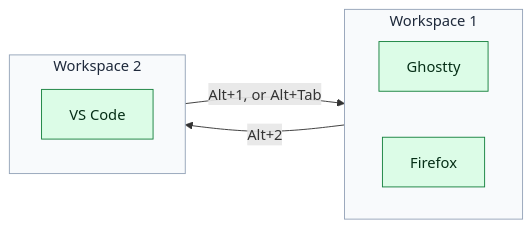
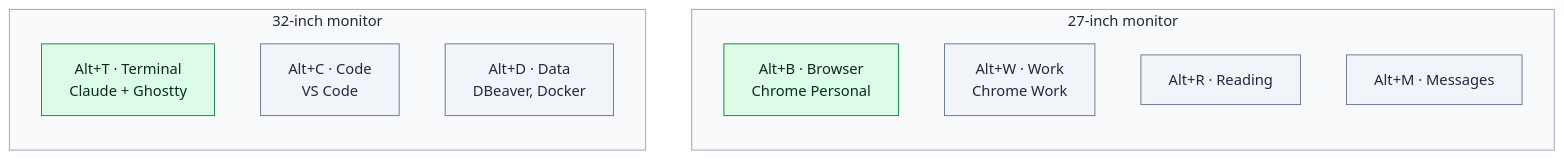
One commit to youngjae-lim/dotfiles changed the first of 2 diagrams in docs/09-desktop.md. Above: the diagram before and after it, drawn with Mermaid. The commit also changed other lines of this file and 5 other files, not shown here.

````diff
--- a/docs/09-desktop.md
+++ b/docs/09-desktop.md
@@ -13,16 +13,21 @@
 ```mermaid
 flowchart LR
-    subgraph W1["Workspace 1"]
-        direction LR
-        G["Ghostty"]:::output
-        F["Firefox"]:::output
+    subgraph BIG["32-inch monitor"]
+        direction TB
+        T["Alt+T · Terminal<br/>Claude + Ghostty"]:::output
+        C["Alt+C · Code<br/>VS Code"]:::step
+        D["Alt+D · Data<br/>DBeaver, Docker"]:::step
     end
-    subgraph W2["Workspace 2"]
-        V["VS Code"]:::output
+    subgraph SMALL["27-inch monitor"]
+        direction TB
+        B["Alt+B · Browser<br/>Chrome Personal"]:::output
+        W["Alt+W · Work<br/>Chrome Work"]:::step
+        R["Alt+R · Reading"]:::step
+        M["Alt+M · Messages"]:::step
     end
-    W1 -->|"Alt+2"| W2
-    W2 -->|"Alt+1, or Alt+Tab"| W1
+    BIG ~~~ SMALL
+    classDef step fill:#f1f5f9,stroke:#64748b,color:#1e293b
     classDef output fill:#dcfce7,stroke:#15803d,color:#052e16
-    style W1 fill:#f8fafc,stroke:#94a3b8,color:#1e293b
-    style W2 fill:#f8fafc,stroke:#94a3b8,color:#1e293b
+    style BIG fill:#f8fafc,stroke:#94a3b8,color:#1e293b
+    style SMALL fill:#f8fafc,stroke:#94a3b8,color:#1e293b
 ```
````
